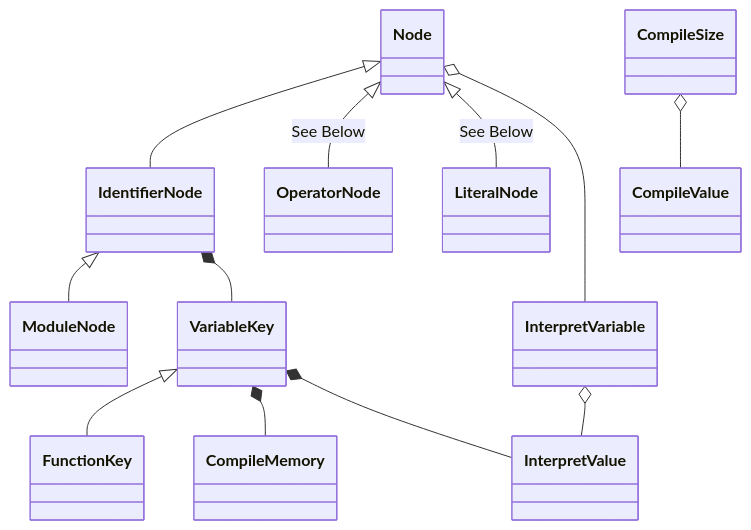
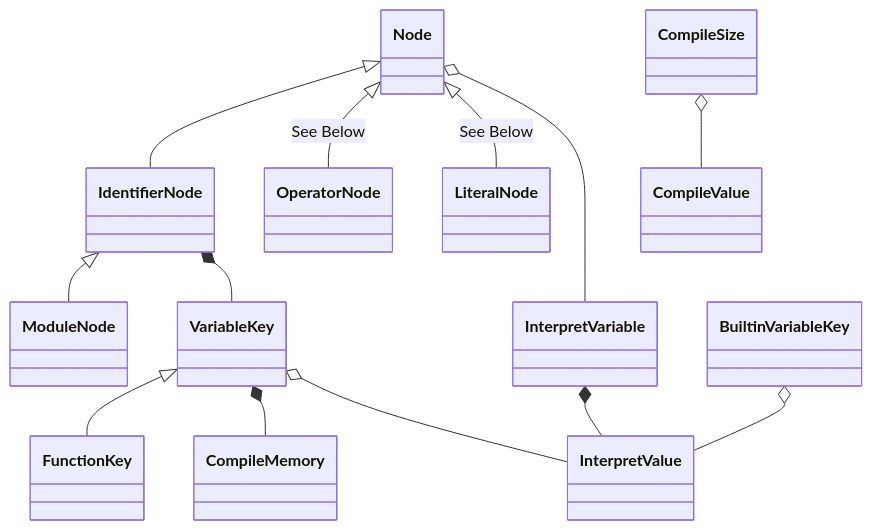
The first of 4 diagrams in README.md (Jzhyang1/Monomer), drawn with Mermaid before and after one commit. The commit also changed other lines of this file, not shown here.

Commit message:
README.md updated from https://stackedit.io/

````diff
--- a/README.md
+++ b/README.md
@@ -239,14 +239,15 @@
 ```mermaid
 classDiagram
 Node <|-- IdentifierNode
 Node <|-- OperatorNode: See Below
 Node <|-- LiteralNode: See Below
 Node o-- InterpretVariable
 IdentifierNode <|-- ModuleNode
 IdentifierNode *-- VariableKey
 VariableKey <|-- FunctionKey
 VariableKey *-- CompileMemory
-VariableKey *-- InterpretValue
-InterpretVariable o-- InterpretValue
+VariableKey o-- InterpretValue
+BuiltinVariableKey o-- InterpretValue
+InterpretVariable *-- InterpretValue
 CompileSize o-- CompileValue
 ```
````
